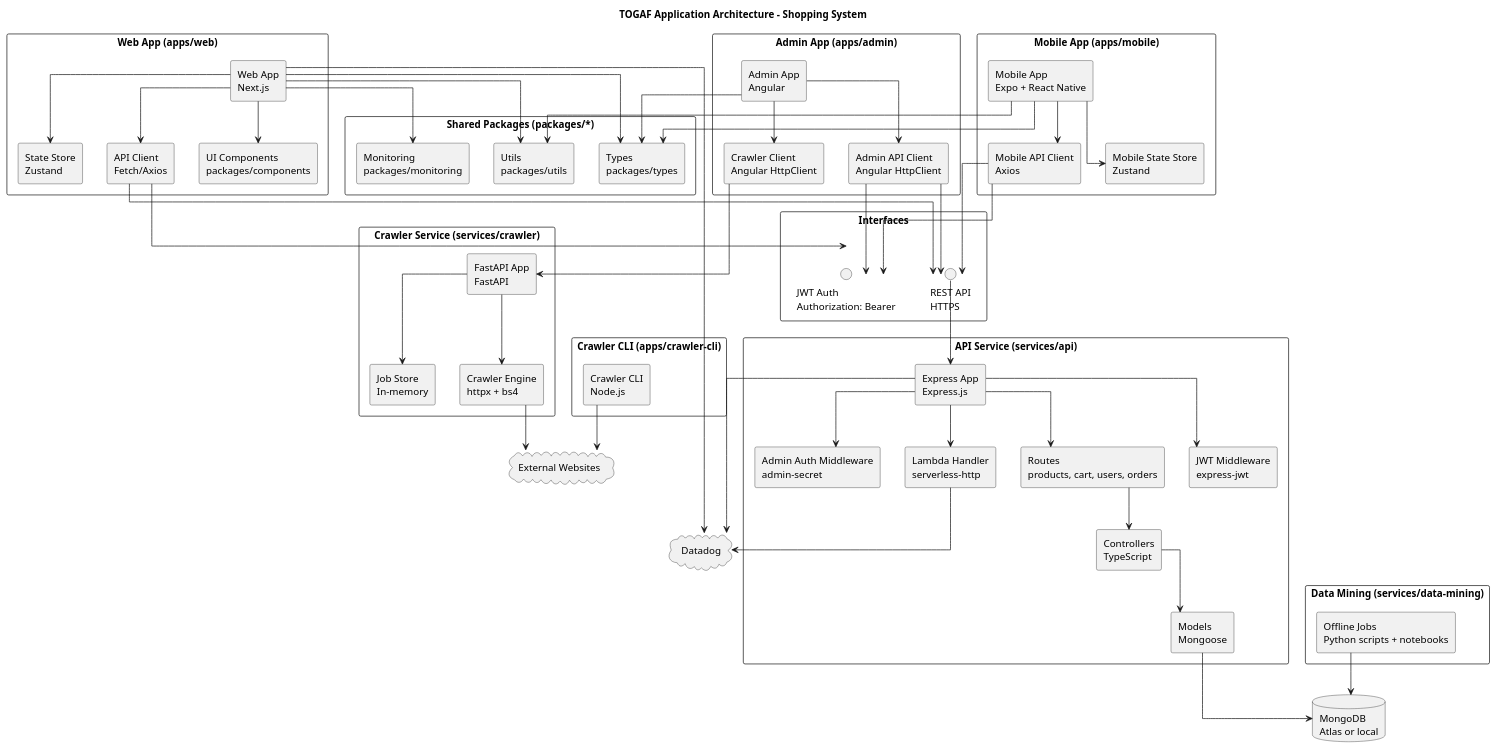
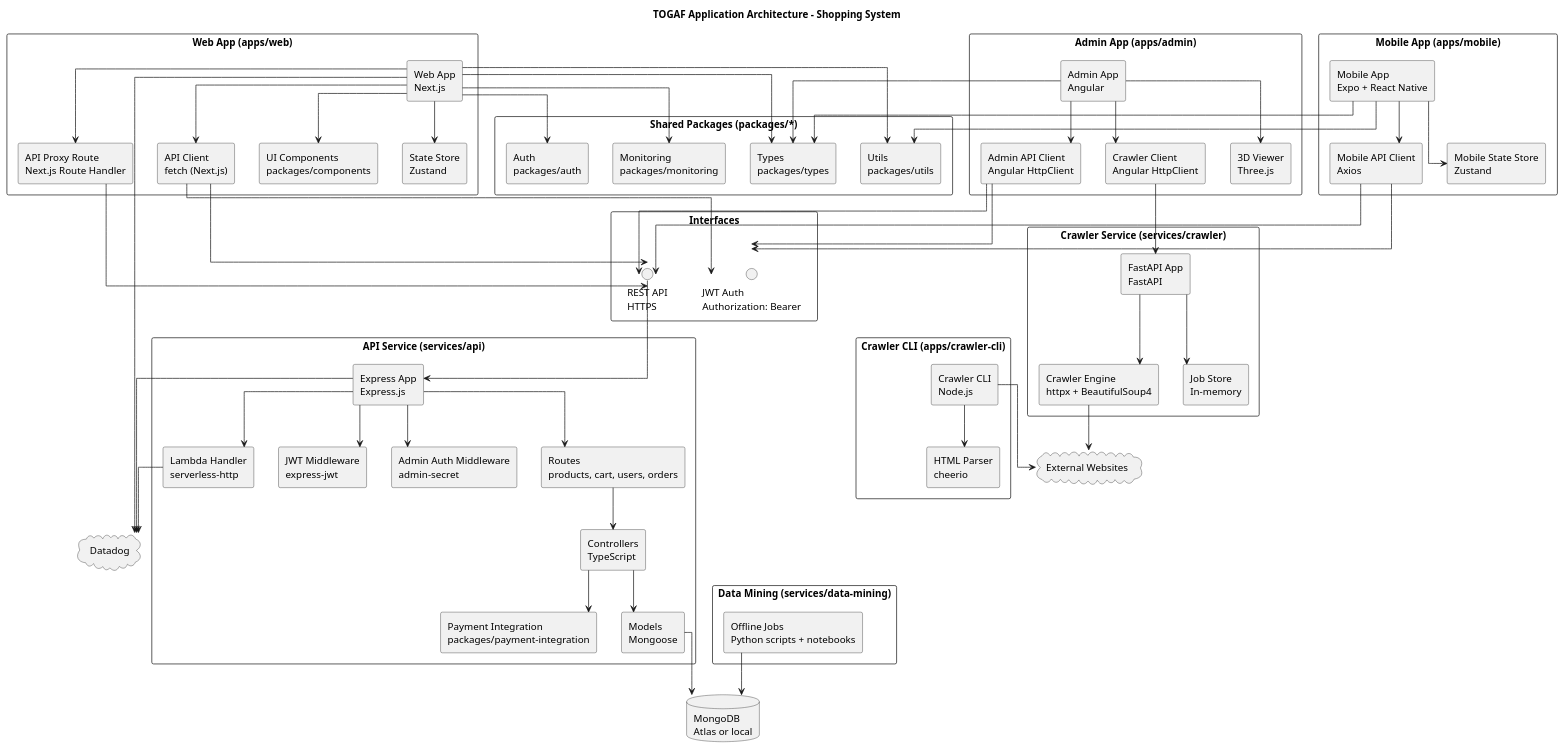
One commit to felixzhu97/shopping-system changed the diagram in docs/architecture/togaf/application-architecture.puml. Above: the diagram before and after it, drawn with PlantUML. The commit also changed 225 other files, not shown here.

```diff
--- a/docs/architecture/togaf/application-architecture.puml
+++ b/docs/architecture/togaf/application-architecture.puml
@@ -1,111 +1,122 @@
 @startuml
 title TOGAF Application Architecture - Shopping System
 
 skinparam componentStyle rectangle
 skinparam packageStyle rectangle
 skinparam linetype ortho
 
 package "Web App (apps/web)" {
     component [Web App\nNext.js] as web_app
     component [UI Components\npackages/components] as web_ui_components
     component [State Store\nZustand] as web_state_store
-    component [API Client\nFetch/Axios] as web_api_client
+    component [API Client\nfetch (Next.js)] as web_api_client
+    component [API Proxy Route\nNext.js Route Handler] as web_api_proxy
 }
 
 package "Admin App (apps/admin)" {
     component [Admin App\nAngular] as admin_app
     component [Admin API Client\nAngular HttpClient] as admin_api_client
     component [Crawler Client\nAngular HttpClient] as admin_crawler_client
+    component [3D Viewer\nThree.js] as admin_3d_viewer
 }
 
 package "Mobile App (apps/mobile)" {
     component [Mobile App\nExpo + React Native] as mobile_app
     component [Mobile API Client\nAxios] as mobile_api_client
     component [Mobile State Store\nZustand] as mobile_state_store
 }
 
 package "API Service (services/api)" {
     component [Express App\nExpress.js] as api_app
     component [Lambda Handler\nserverless-http] as api_lambda
     component [JWT Middleware\nexpress-jwt] as api_jwt
     component [Admin Auth Middleware\nadmin-secret] as api_admin_auth
     component [Routes\nproducts, cart, users, orders] as api_routes
     component [Controllers\nTypeScript] as api_controllers
     component [Models\nMongoose] as api_models
+    component [Payment Integration\npackages/payment-integration] as api_payment_pkg
 }
 
 package "Crawler Service (services/crawler)" {
     component [FastAPI App\nFastAPI] as crawler_api
     component [Job Store\nIn-memory] as crawler_store
-    component [Crawler Engine\nhttpx + bs4] as crawler_engine
+    component [Crawler Engine\nhttpx + BeautifulSoup4] as crawler_engine
 }
 
 package "Crawler CLI (apps/crawler-cli)" {
     component [Crawler CLI\nNode.js] as crawler_cli
+    component [HTML Parser\ncheerio] as crawler_cli_parser
 }
 
 package "Data Mining (services/data-mining)" {
     component [Offline Jobs\nPython scripts + notebooks] as data_mining
 }
 
 package "Shared Packages (packages/*)" {
     component [Monitoring\npackages/monitoring] as pkg_monitoring
     component [Utils\npackages/utils] as pkg_utils
     component [Types\npackages/types] as pkg_types
+    component [Auth\npackages/auth] as pkg_auth
 }
 
 package "Interfaces" {
     interface "REST API\nHTTPS" as rest_api
     interface "JWT Auth\nAuthorization: Bearer" as jwt_auth
 }
 
 database "MongoDB\nAtlas or local" as mongodb
 cloud "Datadog" as datadog
 cloud "External Websites" as external_websites
 
 web_app --> web_ui_components
 web_app --> web_state_store
 web_app --> web_api_client
+web_app --> web_api_proxy
 web_app --> pkg_types
 web_app --> pkg_utils
 web_app --> pkg_monitoring
+web_app --> pkg_auth
 
 admin_app --> admin_api_client
 admin_app --> admin_crawler_client
+admin_app --> admin_3d_viewer
 admin_app --> pkg_types
 
 mobile_app --> mobile_api_client
 mobile_app --> mobile_state_store
 mobile_app --> pkg_types
 mobile_app --> pkg_utils
 
 web_api_client --> rest_api
 web_api_client --> jwt_auth
+web_api_proxy --> rest_api
 admin_api_client --> rest_api
 admin_api_client --> jwt_auth
 mobile_api_client --> rest_api
 mobile_api_client --> jwt_auth
 rest_api --> api_app
 
 api_app --> api_jwt
 api_app --> api_admin_auth
 api_app --> api_routes
 api_routes --> api_controllers
 api_controllers --> api_models
+api_controllers --> api_payment_pkg
 api_models --> mongodb
 api_app --> api_lambda
 
 admin_crawler_client --> crawler_api
 crawler_api --> crawler_store
 crawler_api --> crawler_engine
 crawler_engine --> external_websites
 
 crawler_cli --> external_websites
+crawler_cli --> crawler_cli_parser
 
 data_mining --> mongodb
 
 web_app --> datadog
 api_app --> datadog
 api_lambda --> datadog
 
 @enduml
```
